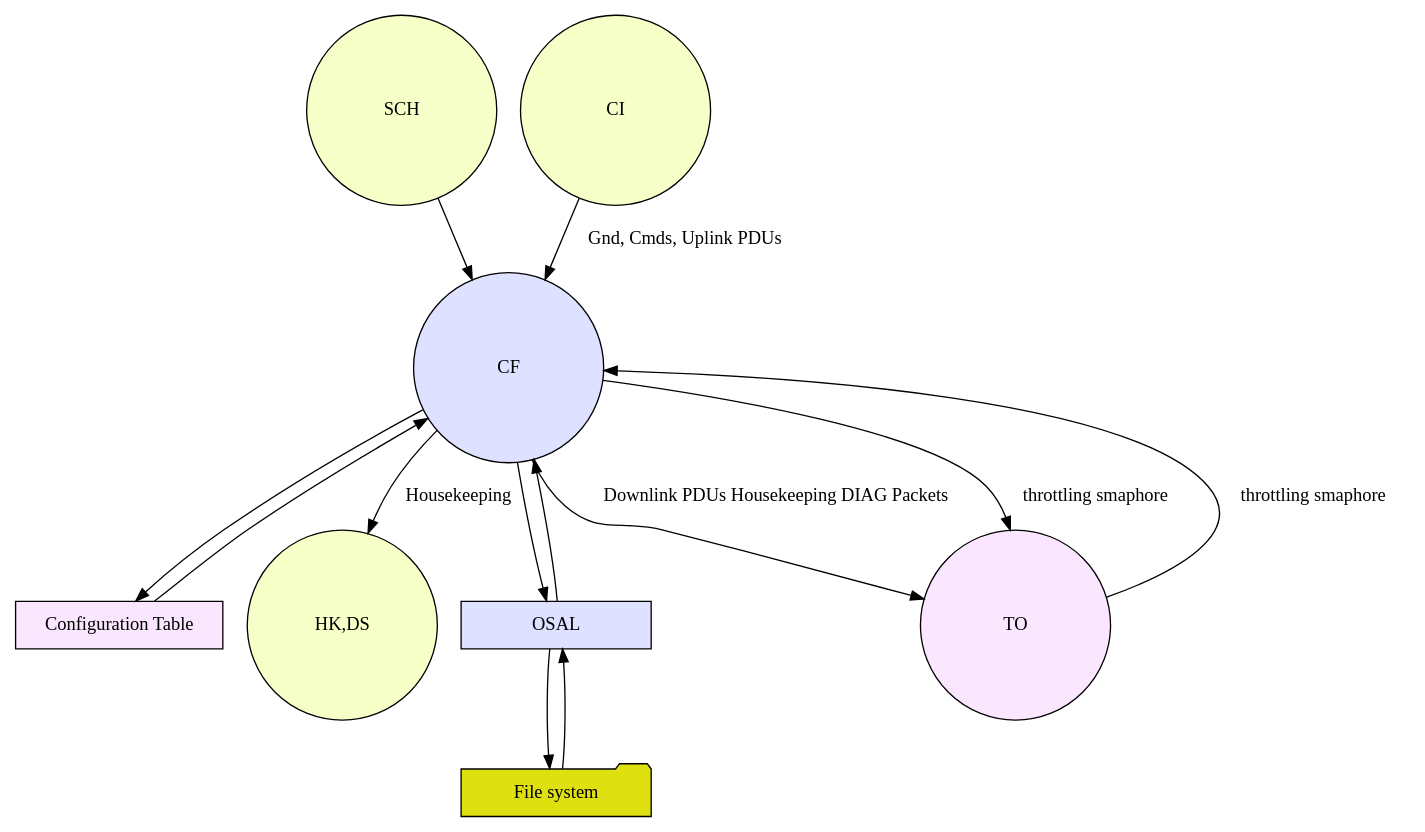
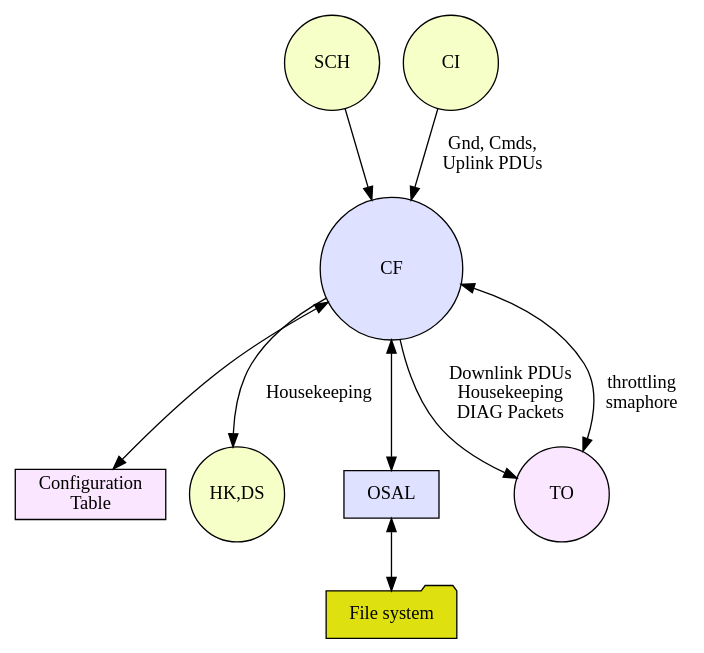
One commit to marselomeri/airliner changed the diagram in apps/cf/docs/design.rst. Above: the diagram before and after it, drawn with Graphviz. The commit also changed other lines of this file, not shown here.

Commit message:
Redesigned CF Context Diagram. #41

```diff
--- a/apps/cf/docs/design.rst
+++ b/apps/cf/docs/design.rst
@@ -4,28 +4,24 @@
 .. graphviz::
    :caption: CF Context Diagram
    
    digraph CF_Context_Diagram {
          
-      CF -> Config;
-      Config -> CF;
+      CF -> Config [dir="both"];
       SCH -> CF [lable="Wake up Msg"];
       CF -> HK [label="Housekeeping"];
-      CI -> CF [label="Gnd, Cmds, Uplink PDUs"];
-      CF -> OSAL;
-      OSAL -> CF;
-      OSAL -> FS;
-      FS -> OSAL;
-      CF -> TO [label="Downlink PDUs Housekeeping DIAG Packets"];
-      TO -> CF [label="throttling smaphore"];
-      CF -> TO [label="throttling smaphore"];
+      CI -> CF [label="Gnd, Cmds,\nUplink PDUs"]
+      CF -> OSAL [dir="both"];
+      OSAL -> FS [dir="both"];
+      CF -> TO [label="Downlink PDUs\nHousekeeping\nDIAG Packets"];
+      TO -> CF [dir="both", label="throttling\nsmaphore"];
+            
+      Config [style=filled, fillcolor="#fbe6ff", shape=rect, label="Configuration\nTable"] 
+      CF  [style=filled, fillcolor="#dee1ff", shape=circle, width=1.5 label="CF"]
+      SCH [style=filled, fillcolor="#f5ffc7", shape=circle, width=1, label="SCH"]
+      HK [style=filled, fillcolor="#f5ffc7", shape=circle, width=1, label="HK,DS"]
+      CI [style=filled, fillcolor="#f5ffc7", shape=circle, width=1, label="CI"]
+      TO [style=filled, fillcolor="#fbe6ff", shape=circle, width=1, label="TO"]
+      OSAL [style=filled, fillcolor="#dee1ff", shape=rect, width=1, label="OSAL"]
+      FS [style=filled, fillcolor="#dee1f", shape=folder, width=1, label="File system"]
       
-      Config [style=filled, fillcolor="#fbe6ff", shape=rect, width=2, label="Configuration Table"] 
-      CF  [style=filled, fillcolor="#dee1ff", shape=circle, width=2, label="CF"]
-      SCH [style=filled, fillcolor="#f5ffc7", shape=circle, width=2, label="SCH"]
-      HK [style=filled, fillcolor="#f5ffc7", shape=circle, width=2, label="HK,DS"]
-      CI [style=filled, fillcolor="#f5ffc7", shape=circle, width=2, label="CI"]
-      TO [style=filled, fillcolor="#fbe6ff", shape=circle, width=2, label="TO"]
-      OSAL [style=filled, fillcolor="#dee1ff", shape=rect, width=2, label="OSAL"]
-      FS [style=filled, fillcolor="#dee1f", shape=folder, width=2, label="File system"]
-      
-    }
+    }   
```
